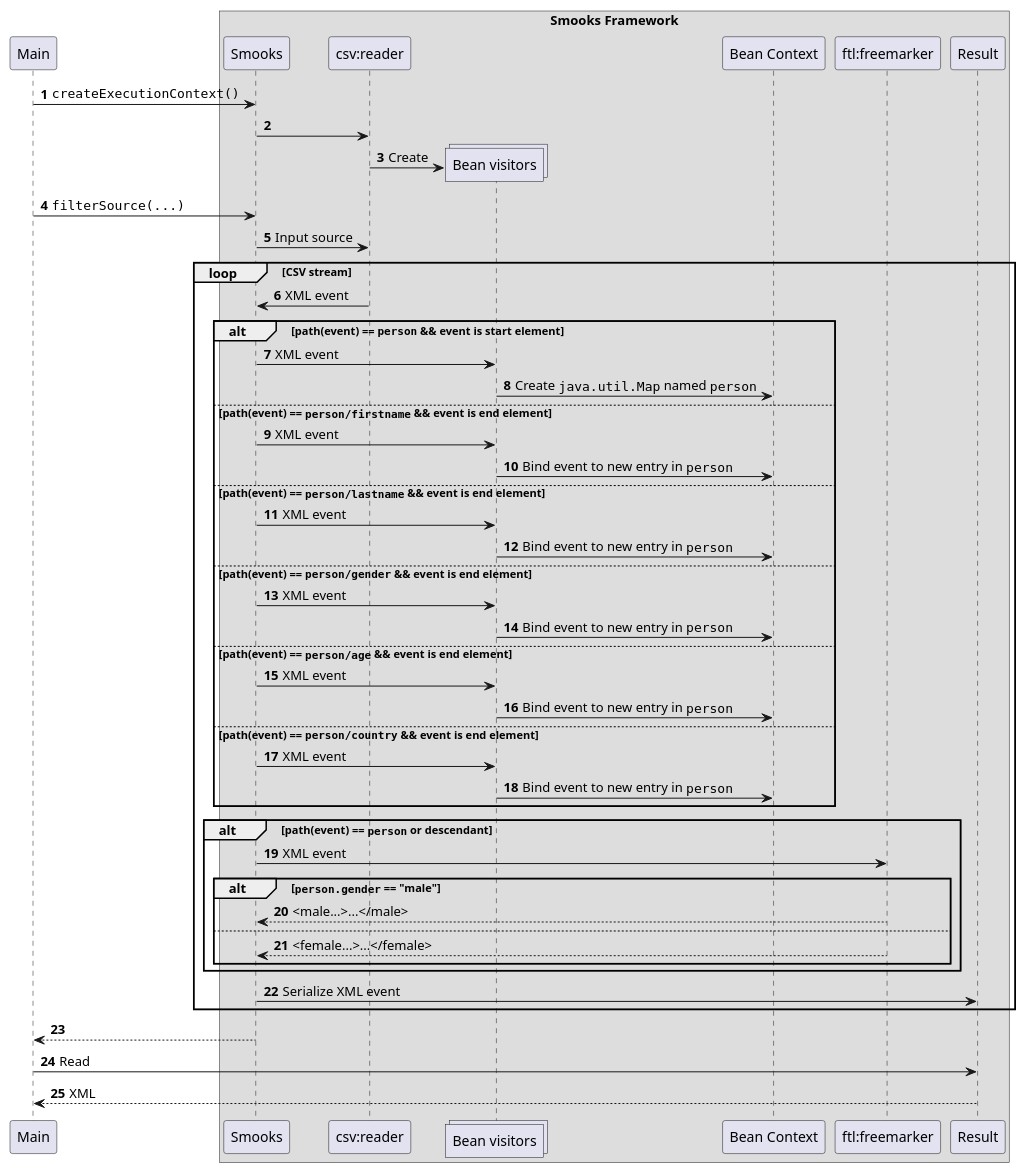
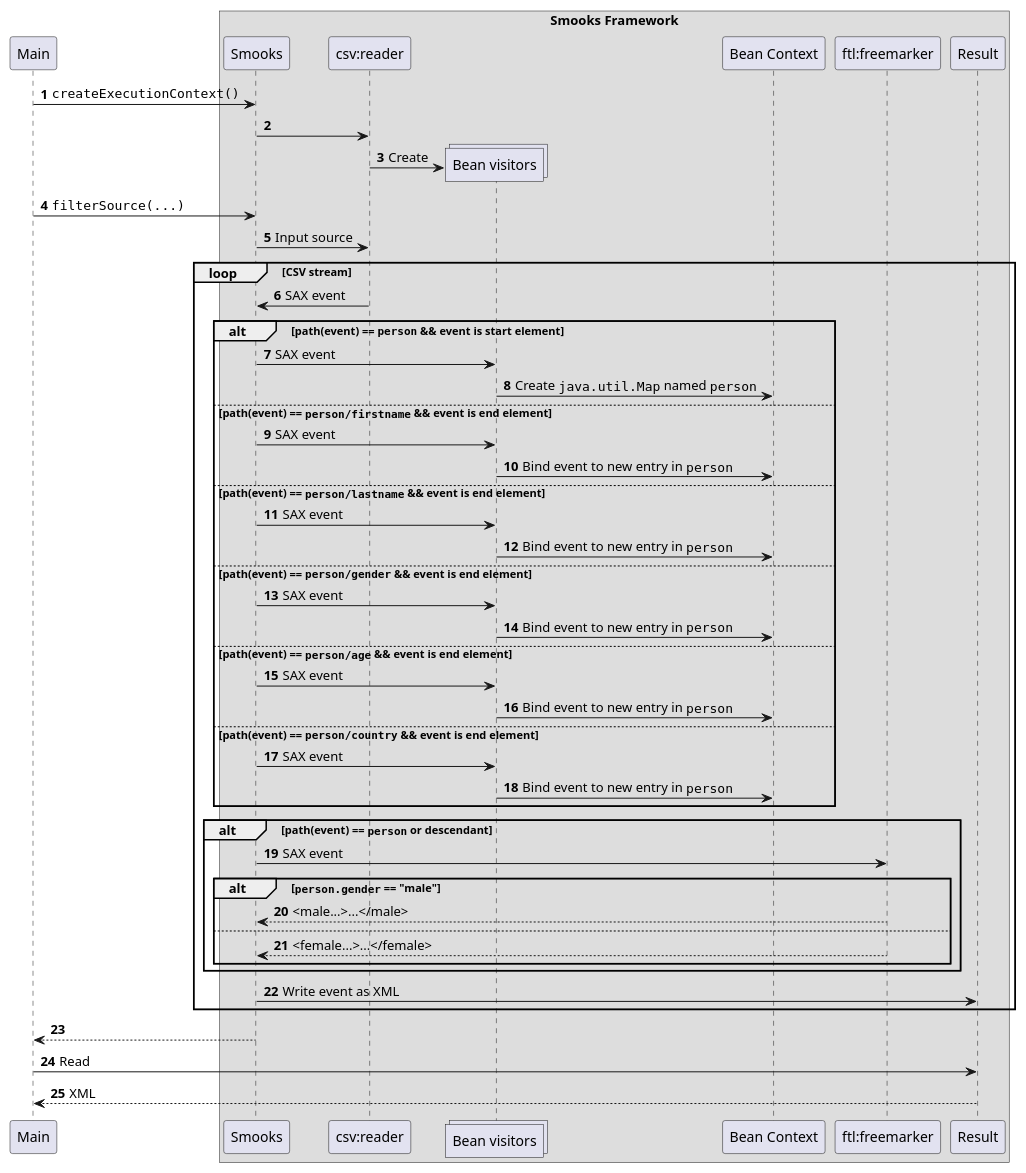
The diagram in csv-to-xml-2/docs/csv-to-xml-2.puml (smooks/smooks-examples), drawn with PlantUML before and after one commit. The commit also changed 17 other files, not shown here.

```diff
--- a/csv-to-xml-2/docs/csv-to-xml-2.puml
+++ b/csv-to-xml-2/docs/csv-to-xml-2.puml
@@ -1,53 +1,53 @@
 @startuml
 participant Main
 box Smooks Framework
 participant Smooks
 participant "csv:reader"
 collections "Bean visitors"
 participant "Bean Context"
 participant "ftl:freemarker"
 participant Result
 end box
 autonumber
 
 Main -> Smooks : ""createExecutionContext()""
 Smooks -> "csv:reader"
 create "Bean visitors"
 "csv:reader" -> "Bean visitors": Create
 Main -> Smooks : ""filterSource(...)""
 Smooks -> "csv:reader": Input source
 loop CSV stream
-    Smooks <- "csv:reader": XML event
+    Smooks <- "csv:reader": SAX event
     alt path(event) == ""person"" && event is start element
-        Smooks -> "Bean visitors": XML event
+        Smooks -> "Bean visitors": SAX event
         "Bean visitors" -> "Bean Context": Create ""java.util.Map"" named ""person""
     else path(event) == ""person/firstname"" && event is end element
-        Smooks -> "Bean visitors": XML event
+        Smooks -> "Bean visitors": SAX event
         "Bean visitors" -> "Bean Context": Bind event to new entry in ""person""
     else path(event) == ""person/lastname"" && event is end element
-        Smooks -> "Bean visitors": XML event
+        Smooks -> "Bean visitors": SAX event
         "Bean visitors" -> "Bean Context": Bind event to new entry in ""person""
     else path(event) == ""person/gender"" && event is end element
-        Smooks -> "Bean visitors": XML event
+        Smooks -> "Bean visitors": SAX event
         "Bean visitors" -> "Bean Context": Bind event to new entry in ""person""
     else path(event) == ""person/age"" && event is end element
-        Smooks -> "Bean visitors": XML event
+        Smooks -> "Bean visitors": SAX event
         "Bean visitors" -> "Bean Context": Bind event to new entry in ""person""
     else path(event) == ""person/country"" && event is end element
-        Smooks -> "Bean visitors": XML event
+        Smooks -> "Bean visitors": SAX event
         "Bean visitors" -> "Bean Context": Bind event to new entry in ""person""
     end
     alt path(event) == ""person"" or descendant
-        Smooks -> "ftl:freemarker": XML event
+        Smooks -> "ftl:freemarker": SAX event
         alt ""person.gender"" == "male"
             "ftl:freemarker" --> Smooks: <male...>...</male>
         else
             "ftl:freemarker" --> Smooks: <female...>...</female>
         end
     end
-   Smooks -> Result: Serialize XML event
+    Smooks -> Result: Write event as XML
 end
 Smooks --> Main
 Main -> Result: Read
 Result --> Main: XML
 @enduml
```
